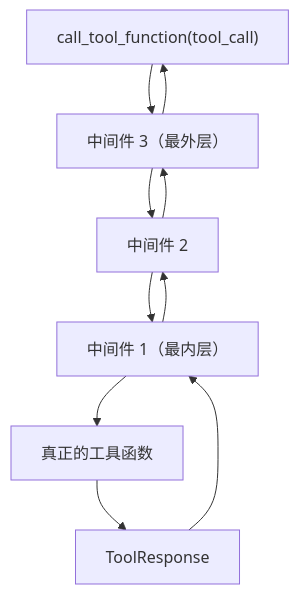
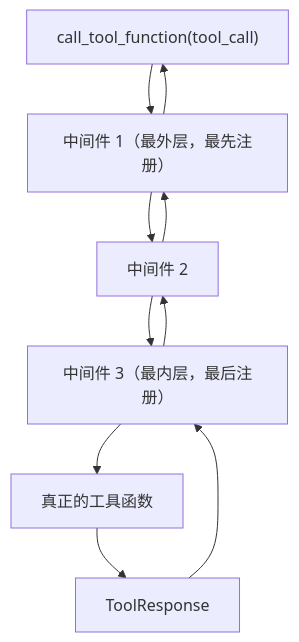
One commit to nadav-cheung/agentscope changed the second of 2 diagrams in teaching/book/volume-1-journey/ch10-toolkit.md. Above: the diagram before and after it, drawn with Mermaid. The commit also changed other lines of this file and 4 other files, not shown here.

````diff
--- a/teaching/book/volume-1-journey/ch10-toolkit.md
+++ b/teaching/book/volume-1-journey/ch10-toolkit.md
@@ -282,12 +282,12 @@
 ```mermaid
 flowchart TD
-    A["call_tool_function(tool_call)"] --> B["中间件 3（最外层）"]
+    A["call_tool_function(tool_call)"] --> B["中间件 1（最外层，最先注册）"]
     B --> C["中间件 2"]
-    C --> D["中间件 1（最内层）"]
+    C --> D["中间件 3（最内层，最后注册）"]
     D --> E["真正的工具函数"]
     E --> F["ToolResponse"]
     F --> D
     D --> C
     C --> B
     B --> A
 ```
````
